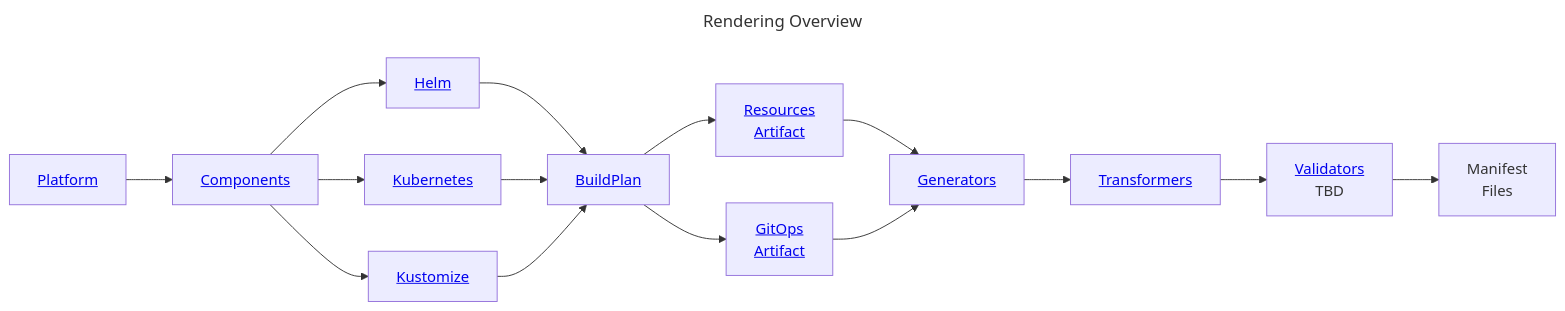
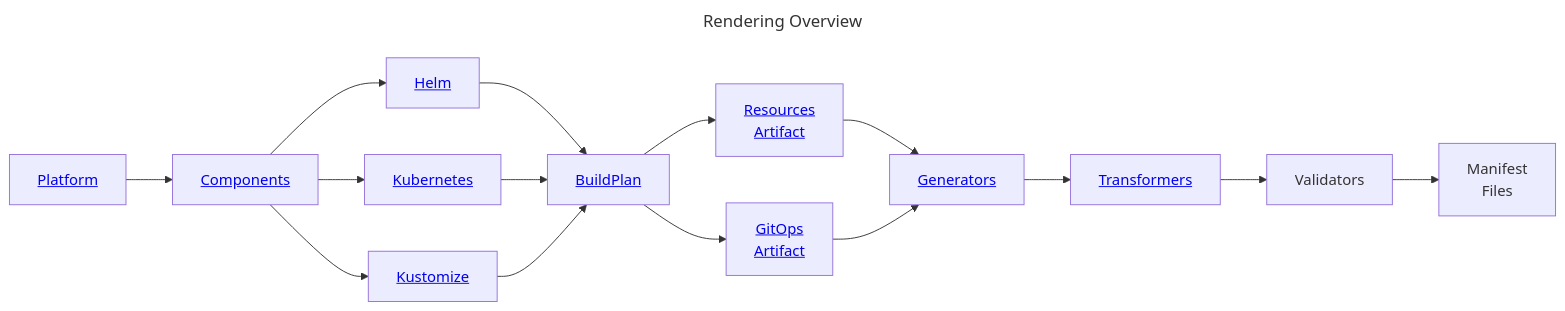
One commit to holos-run/holos changed the diagram in doc/website/src/diagrams/rendering-overview.mdx. Above: the diagram before and after it, drawn with Mermaid.

Commit message:
docs: fix broken validators link in diagram

````diff
--- a/doc/website/src/diagrams/rendering-overview.mdx
+++ b/doc/website/src/diagrams/rendering-overview.mdx
@@ -1,32 +1,32 @@
 ```mermaid
 ---
 title: Rendering Overview
 ---
 graph LR
     Platform[<a href="/docs/v1alpha5/api/author/#Platform">Platform</a>]
     Component[<a href="/docs/v1alpha5/api/author/#ComponentConfig">Components</a>]
 
     Helm[<a href="/docs/v1alpha5/api/author/#Helm">Helm</a>]
     Kustomize[<a href="/docs/v1alpha5/api/author/#Kustomize">Kustomize</a>]
     Kubernetes[<a href="/docs/v1alpha5/api/author/#Kubernetes">Kubernetes</a>]
 
     BuildPlan[<a href="/docs/v1alpha5/api/core/#BuildPlan">BuildPlan</a>]
 
     ResourcesArtifact[<a href="/docs/v1alpha5/api/core/#Artifact">Resources<br/>Artifact</a>]
     GitOpsArtifact[<a href="/docs/v1alpha5/api/core/#Artifact">GitOps<br/>Artifact</a>]
 
     Generators[<a href="/docs/v1alpha5/api/core/#Generator">Generators</a>]
     Transformers[<a href="/docs/v1alpha5/api/core/#Transformer">Transformers</a>]
-    Validators[<a href="/docs/v1alpha5/api/core/#Transformer">Validators</a><br/>TBD]
+    Validators[Validators]
     Files[Manifest<br/>Files]
 
     Platform --> Component
     Component --> Helm --> BuildPlan
     Component --> Kubernetes --> BuildPlan
     Component --> Kustomize --> BuildPlan
 
     BuildPlan --> ResourcesArtifact --> Generators
     BuildPlan --> GitOpsArtifact --> Generators
 
     Generators --> Transformers --> Validators --> Files
 ```
````
